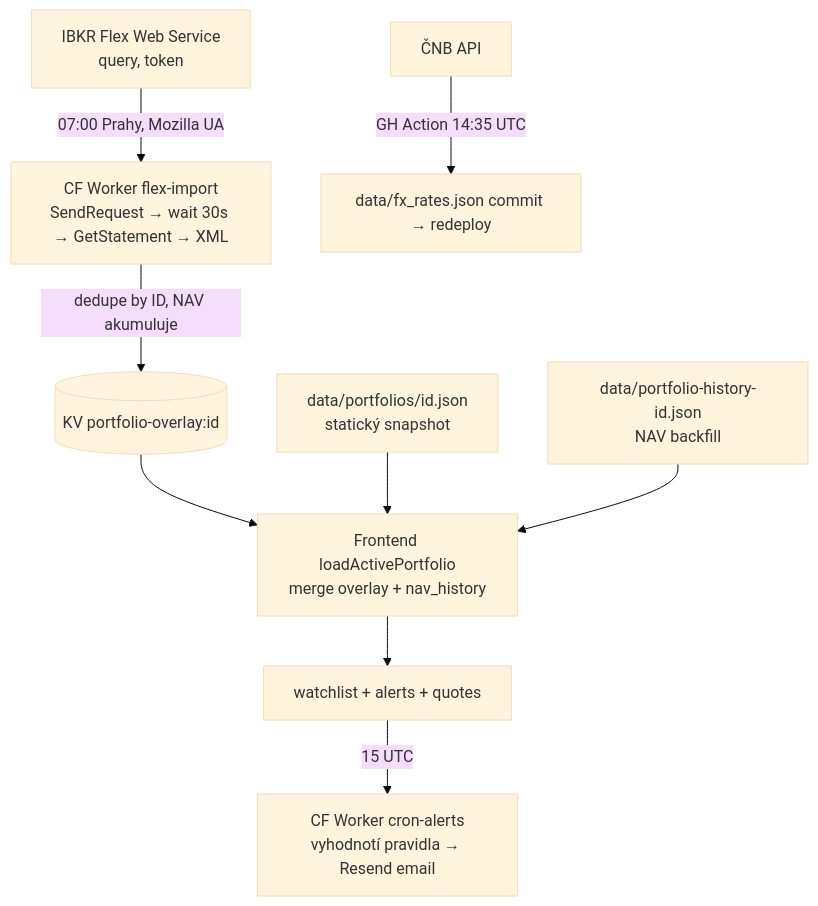
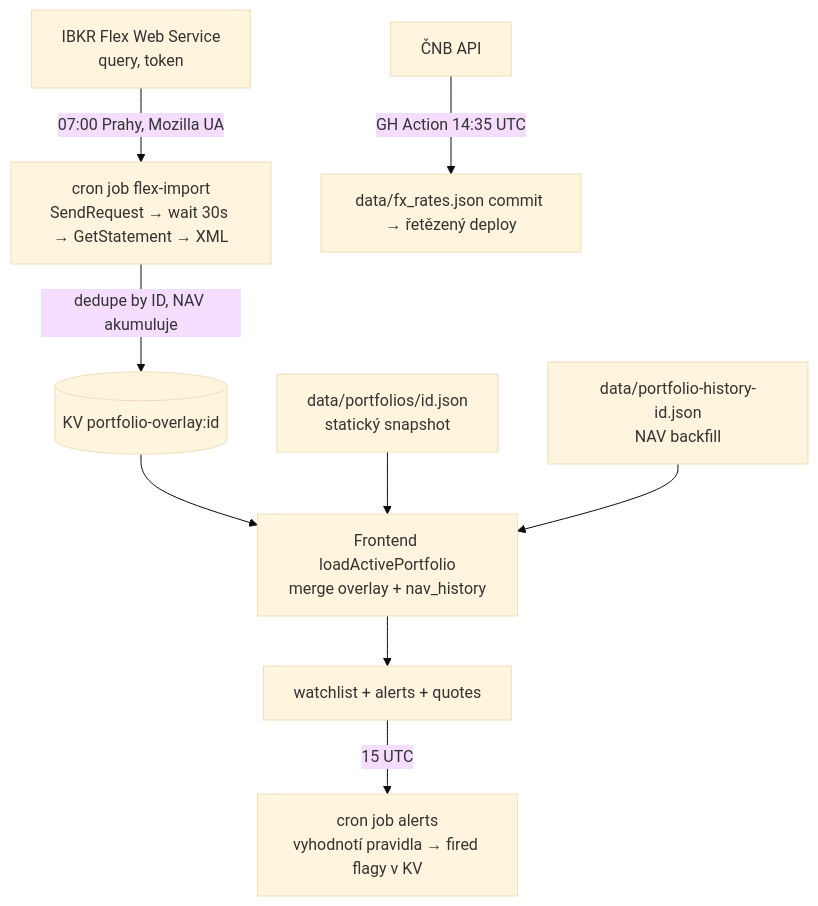
One commit to lpleskot/akcie-tracker changed the diagram in CLAUDE.md. Above: the diagram before and after it, drawn with Mermaid (base theme). The commit also changed other lines of this file and 30 other files, not shown here.

First line of the commit message:
Migrate to single Worker akcie-tracker, drop Resend emails

````diff
--- a/CLAUDE.md
+++ b/CLAUDE.md
@@ -99,11 +102,11 @@
 ```mermaid
 flowchart TD
-  IBKR[IBKR Flex Web Service<br/>query, token] -->|07:00 Prahy, Mozilla UA| FI[CF Worker flex-import<br/>SendRequest → wait 30s → GetStatement → XML]
+  IBKR[IBKR Flex Web Service<br/>query, token] -->|07:00 Prahy, Mozilla UA| FI[cron job flex-import<br/>SendRequest → wait 30s → GetStatement → XML]
   FI -->|dedupe by ID, NAV akumuluje| KV[(KV portfolio-overlay:id)]
   KV --> FE[Frontend loadActivePortfolio<br/>merge overlay + nav_history]
   STATIC[data/portfolios/id.json<br/>statický snapshot] --> FE
   HIST[data/portfolio-history-id.json<br/>NAV backfill] --> FE
-  CNB[ČNB API] -->|GH Action 14:35 UTC| FX[data/fx_rates.json commit → redeploy]
+  CNB[ČNB API] -->|GH Action 14:35 UTC| FX[data/fx_rates.json commit → řetězený deploy]
   FE --> WL[watchlist + alerts + quotes]
-  WL -->|15 UTC| CRON[CF Worker cron-alerts<br/>vyhodnotí pravidla → Resend email]
+  WL -->|15 UTC| CRON[cron job alerts<br/>vyhodnotí pravidla → fired flagy v KV]
 ```
````
